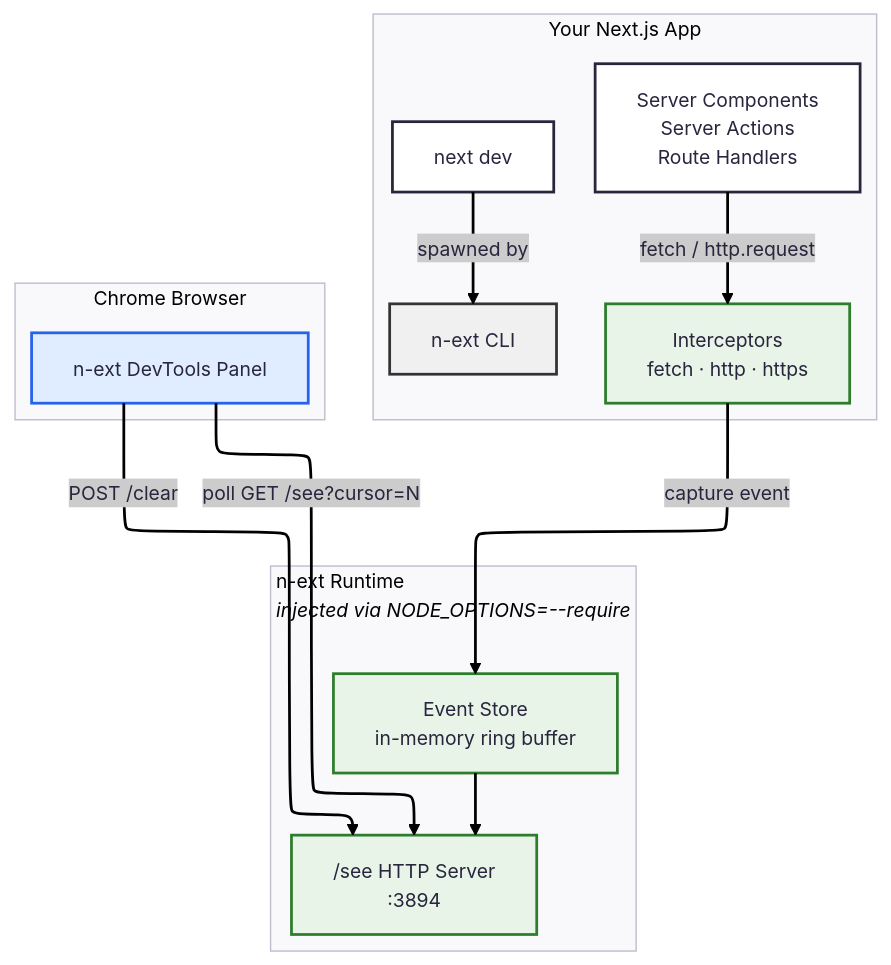
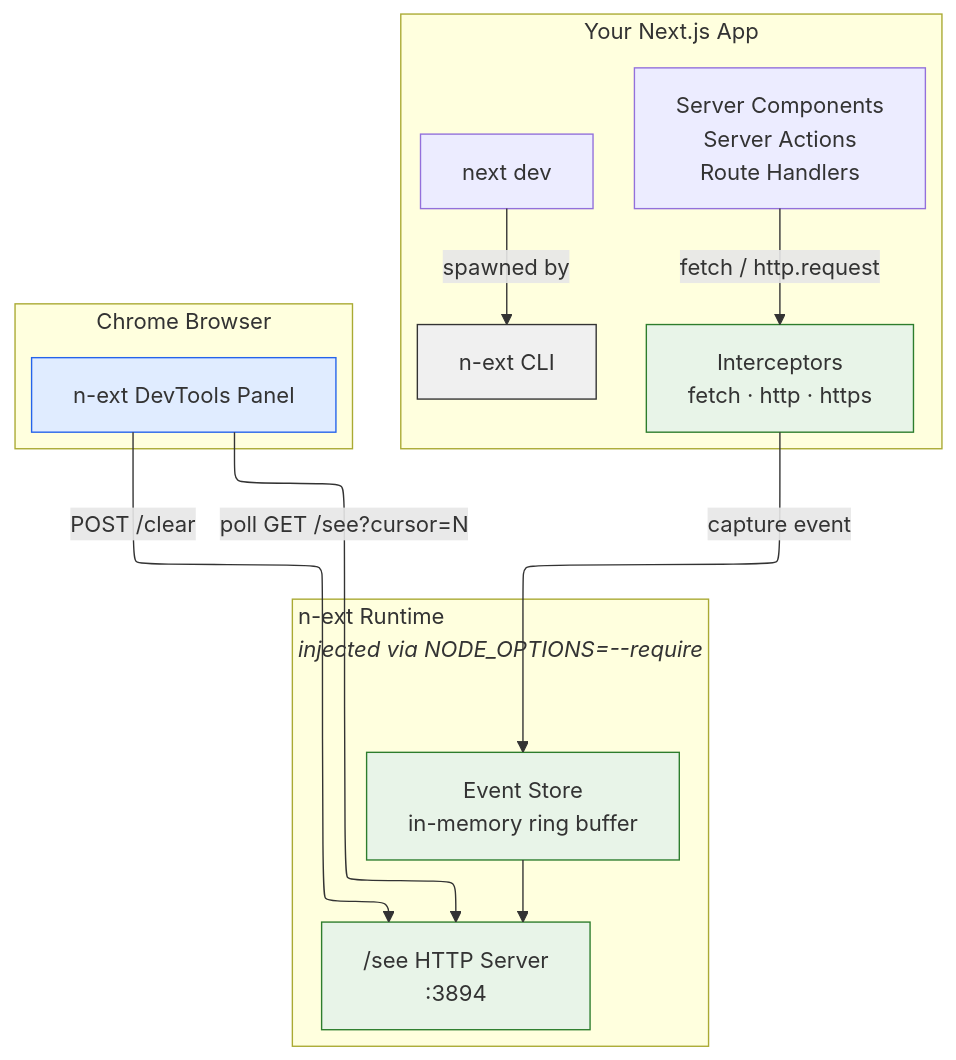
One commit to chaiops/n-ext changed the diagram in README.md. Above: the diagram before and after it, drawn with Mermaid. The commit also changed other lines of this file and 5 other files, not shown here.

````diff
--- a/README.md
+++ b/README.md
@@ -23,28 +32,27 @@
 ```mermaid
 ---
 config:
   layout: elk
-  theme: redux
 ---
 flowchart TD
     subgraph Your Next.js App
         A[next dev] -->|spawned by| CLI["n-ext CLI"]
         SC[Server Components<br>Server Actions<br>Route Handlers] -->|fetch / http.request| INT
     end
 
     subgraph "n-ext Runtime <br><i>injected via NODE_OPTIONS=--require</i>"
         INT[Interceptors<br>fetch · http · https] -->|capture event| STORE[Event Store<br>in-memory ring buffer]
         STORE --> SEE["/see HTTP Server<br>:3894"]
     end
 
     subgraph Chrome Browser
         EXT["n-ext DevTools Panel"] -->|poll GET /see?cursor=N| SEE
         EXT -->|POST /clear| SEE
     end
 
     style CLI fill:#f0f0f0,stroke:#333
     style INT fill:#e8f4e8,stroke:#2d7d2d
     style STORE fill:#e8f4e8,stroke:#2d7d2d
     style SEE fill:#e8f4e8,stroke:#2d7d2d
     style EXT fill:#e0ecff,stroke:#2563eb
 ```
````
